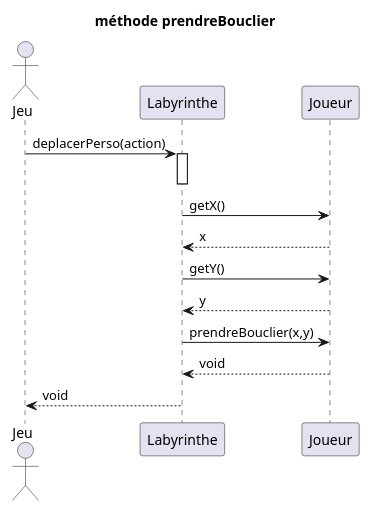
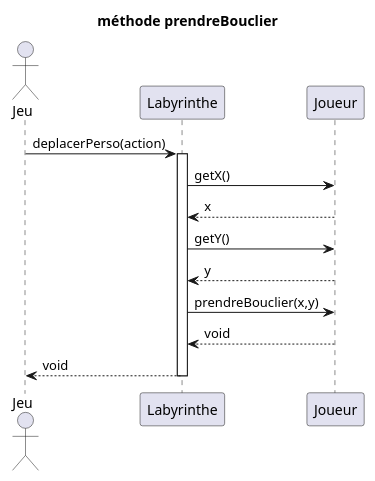
The diagram in projet_zeldiablo/documents/version_4/prendreBouclier.puml (Packingdustry/2024_Zeldiablo_massoncl1u_delaborde2u_e2074u_marti1228u_e2920u), drawn with PlantUML before and after one commit. The commit also changed 1 other file, not shown here.

Commit message:
modifie le diagramme de séquence

```diff
--- a/projet_zeldiablo/documents/version_4/prendreBouclier.puml
+++ b/projet_zeldiablo/documents/version_4/prendreBouclier.puml
@@ -1,19 +1,18 @@
 @startuml
 title méthode prendreBouclier
 actor Jeu
 participant Labyrinthe
 
 Jeu -> Labyrinthe: deplacerPerso(action)
 activate Labyrinthe
-deactivate Labyrinthe
 
 Labyrinthe -> Joueur : getX()
 Joueur --> Labyrinthe : x
 Labyrinthe -> Joueur : getY()
 Joueur --> Labyrinthe : y
 
 Labyrinthe -> Joueur : prendreBouclier(x,y)
 Joueur --> Labyrinthe : void
 Labyrinthe --> Jeu: void
 deactivate Labyrinthe
 @enduml
```
